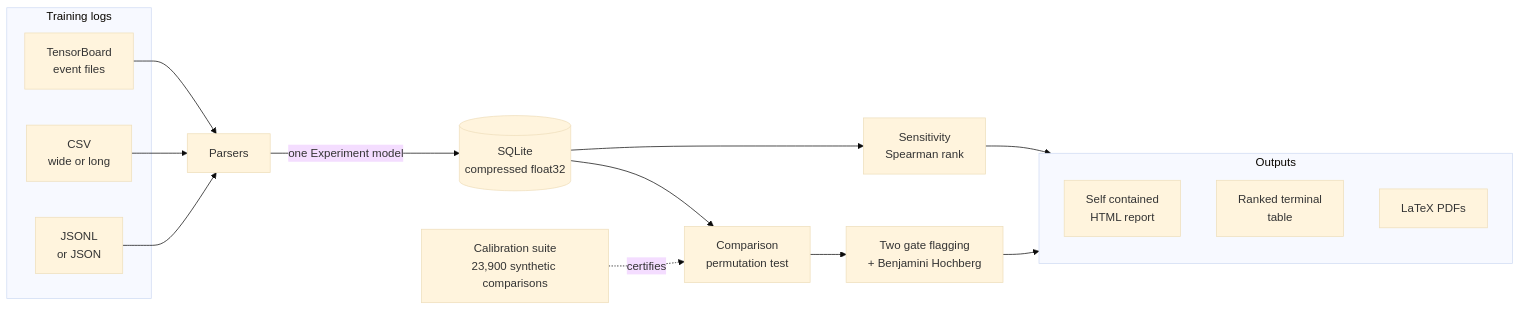
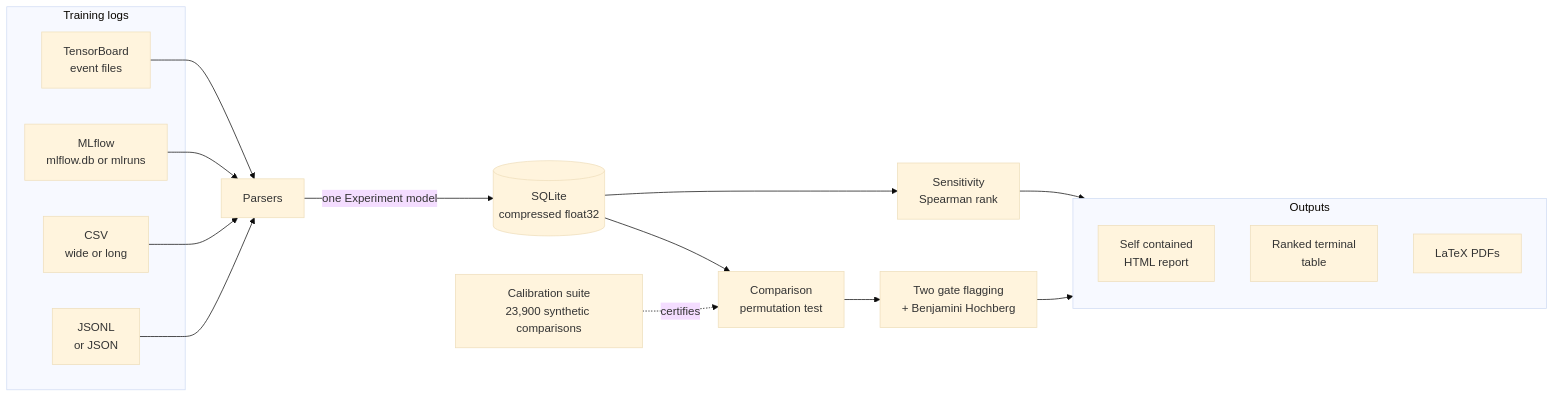
One commit to Olajide-Badejo/ML-Experiment-Triage changed the diagram in README.md. Above: the diagram before and after it, drawn with Mermaid (base theme). The commit also changed other lines of this file and 22 other files, not shown here.

````diff
--- a/README.md
+++ b/README.md
@@ -207,29 +207,31 @@
 ```mermaid
 flowchart LR
     subgraph sources [Training logs]
         TB[TensorBoard<br/>event files]
+        MLF[MLflow<br/>mlflow.db or mlruns]
         CSV[CSV<br/>wide or long]
         JSONL[JSONL<br/>or JSON]
     end
 
     TB --> P[Parsers]
+    MLF --> P
     CSV --> P
     JSONL --> P
 
     P -->|one Experiment model| DB[(SQLite<br/>compressed float32)]
 
     DB --> CMP[Comparison<br/>permutation test]
     DB --> SENS[Sensitivity<br/>Spearman rank]
 
     CMP --> REG[Two gate flagging<br/>+ Benjamini Hochberg]
     REG --> OUT
     SENS --> OUT
 
     subgraph OUT [Outputs]
         HTML[Self contained<br/>HTML report]
         TERM[Ranked terminal<br/>table]
         PDF[LaTeX PDFs]
     end
 
     CAL[Calibration suite<br/>23,900 synthetic comparisons] -.certifies.-> CMP
 ```
````
